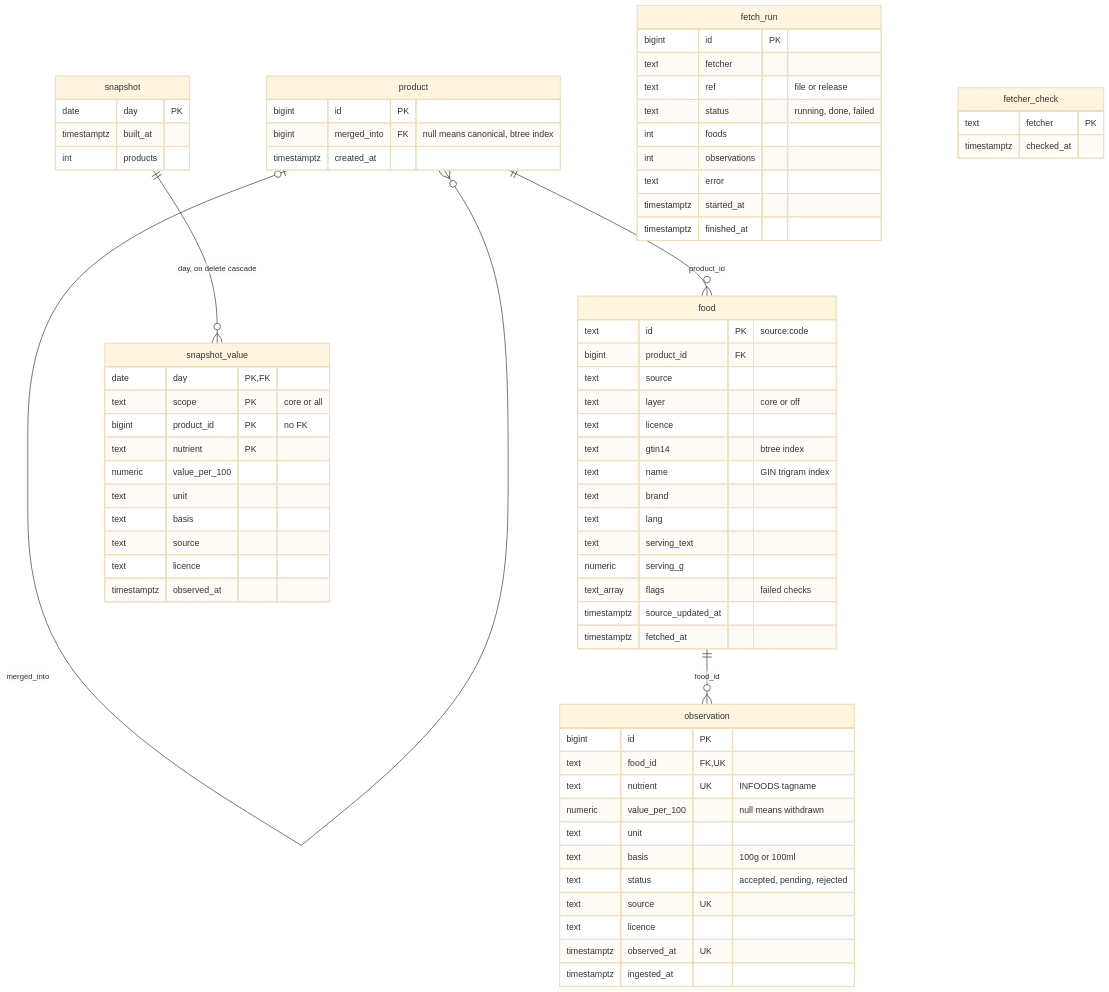
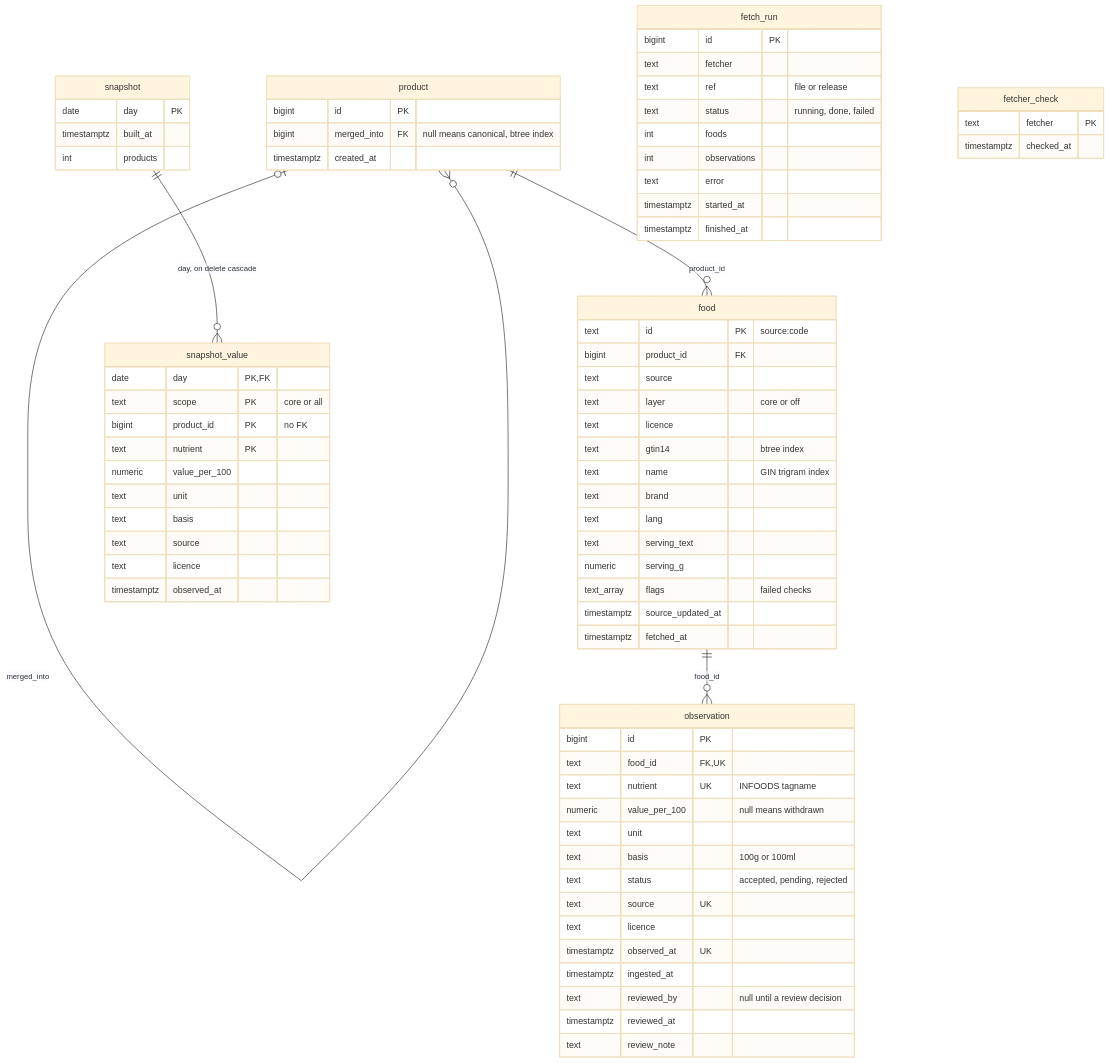
The sixth of 10 diagrams in docs/architecture.md (eait-fit/fooddb), drawn with Mermaid (base theme) before and after one commit. The commit also changed other lines of this file and 14 other files, not shown here.

````diff
--- a/docs/architecture.md
+++ b/docs/architecture.md
@@ -313,73 +355,76 @@
 ```mermaid
 erDiagram
     product |o--o{ product : "merged_into"
     product ||--o{ food : "product_id"
     food ||--o{ observation : "food_id"
     snapshot ||--o{ snapshot_value : "day, on delete cascade"
     product {
         bigint id PK
         bigint merged_into FK "null means canonical, btree index"
         timestamptz created_at
     }
     food {
         text id PK "source:code"
         bigint product_id FK
         text source
         text layer "core or off"
         text licence
         text gtin14 "btree index"
         text name "GIN trigram index"
         text brand
         text lang
         text serving_text
         numeric serving_g
         text_array flags "failed checks"
         timestamptz source_updated_at
         timestamptz fetched_at
     }
     observation {
         bigint id PK
         text food_id FK,UK
         text nutrient UK "INFOODS tagname"
         numeric value_per_100 "null means withdrawn"
         text unit
         text basis "100g or 100ml"
         text status "accepted, pending, rejected"
         text source UK
         text licence
         timestamptz observed_at UK
         timestamptz ingested_at
+        text reviewed_by "null until a review decision"
+        timestamptz reviewed_at
+        text review_note
     }
     snapshot {
         date day PK
         timestamptz built_at
         int products
     }
     snapshot_value {
         date day PK,FK
         text scope PK "core or all"
         bigint product_id PK "no FK"
         text nutrient PK
         numeric value_per_100
         text unit
         text basis
         text source
         text licence
         timestamptz observed_at
     }
     fetch_run {
         bigint id PK
         text fetcher
         text ref "file or release"
         text status "running, done, failed"
         int foods
         int observations
         text error
         timestamptz started_at
         timestamptz finished_at
     }
     fetcher_check {
         text fetcher PK
         timestamptz checked_at
     }
 ```
````
